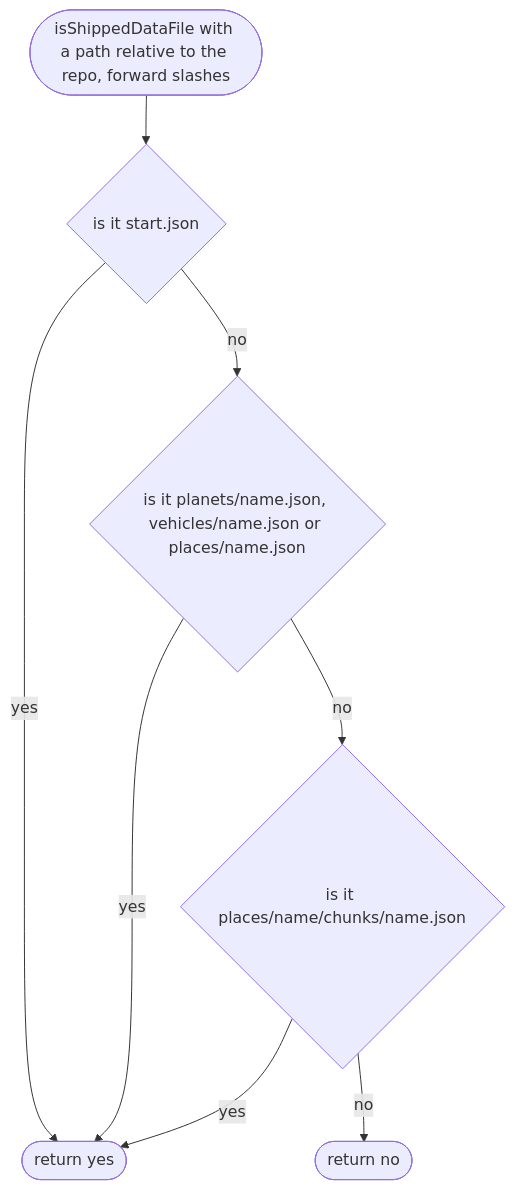
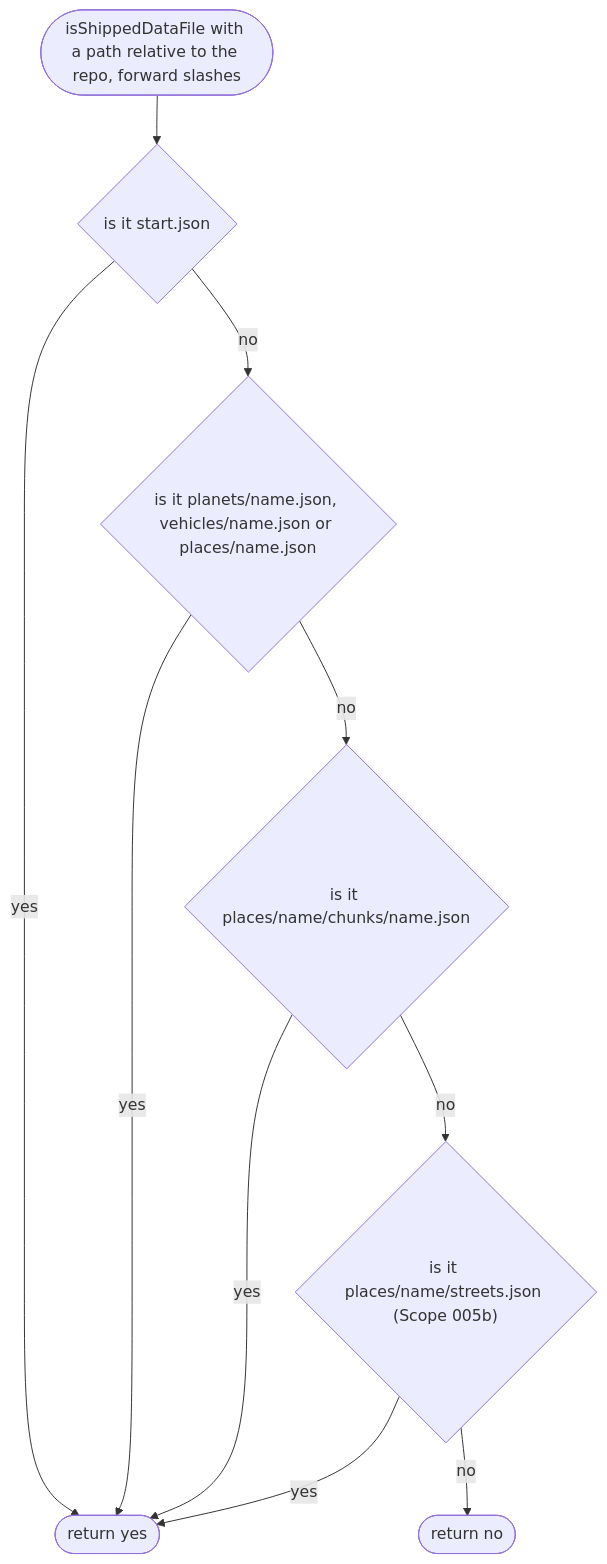
The diagram in docs/designs/tools/site/data-files.md (NewDara-Star/world-engine), drawn with Mermaid before and after one commit. The commit also changed other lines of this file and 58 other files, not shown here.

````diff
--- a/docs/designs/tools/site/data-files.md
+++ b/docs/designs/tools/site/data-files.md
@@ -27,16 +27,19 @@
 ```mermaid
 flowchart TD
   s(["isShippedDataFile with a path relative to the repo, forward slashes"])
   a{"is it start.json"}
   y(["return yes"])
   b{"is it planets/name.json, vehicles/name.json or places/name.json"}
   c{"is it places/name/chunks/name.json"}
+  d{"is it places/name/streets.json (Scope 005b)"}
   n(["return no"])
   s --> a
   a -->|"yes"| y
   a -->|"no"| b
   b -->|"yes"| y
   b -->|"no"| c
   c -->|"yes"| y
-  c -->|"no"| n
+  c -->|"no"| d
+  d -->|"yes"| y
+  d -->|"no"| n
 ```
````
